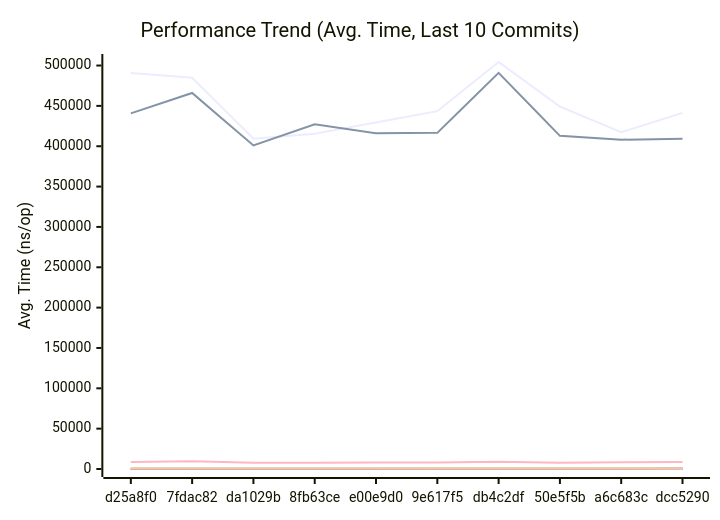
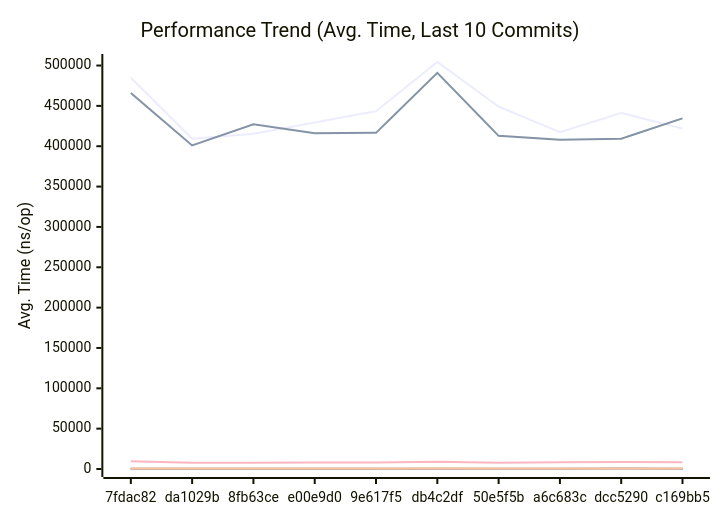
Before and after one commit to alsotoes/momo: the first of 3 diagrams in docs/PERFORMANCE.md, drawn with Mermaid. The commit also changed other lines of this file and 3 other files, not shown here.

````diff
--- a/docs/PERFORMANCE.md
+++ b/docs/PERFORMANCE.md
@@ -145,20 +145,20 @@
 ```mermaid
 xychart-beta
     title "Performance Trend (Avg. Time, Last 10 Commits)"
     x-axis "Commit"
     y-axis "Avg. Time (ns/op)"
-    x-axis [d25a8f0,7fdac82,da1029b,8fb63ce,e00e9d0,9e617f5,db4c2df,50e5f5b,a6c683c,dcc5290]
-    line "AWSChunkedReaderSigned" [490719,484836,409335,415353,429495,443463,504383,449225,417284,441285]
-    line "AWSChunkedReaderUnsigned" [440689,465971,400921,427097,416046,416589,490906,412879,408069,409317]
-    line "CheckMetricsAndSwap" [8,10,7,8,8,7,8,8,8,8]
-    line "CrushOptimized" [354,427,297,293,318,318,375,304,305,316]
-    line "CrushOriginal" [439,459,396,411,411,409,471,434,425,445]
+    x-axis [7fdac82,da1029b,8fb63ce,e00e9d0,9e617f5,db4c2df,50e5f5b,a6c683c,dcc5290,c169bb5]
+    line "AWSChunkedReaderSigned" [484836,409335,415353,429495,443463,504383,449225,417284,441285,421825]
+    line "AWSChunkedReaderUnsigned" [465971,400921,427097,416046,416589,490906,412879,408069,409317,434524]
+    line "CheckMetricsAndSwap" [10,7,8,8,7,8,8,8,8,8]
+    line "CrushOptimized" [427,297,293,318,318,375,304,305,316,338]
+    line "CrushOriginal" [459,396,411,411,409,471,434,425,445,417]
     line "IndexDirectTracking" [0,0,0,0,0,0,0,0,0,0]
     line "IndexSearch" [2,2,2,2,2,2,2,2,2,2]
-    line "LoadGlobalConfig" [8791,9473,7743,7862,8049,8138,9117,7890,8368,8771]
-    line "PadString" [47,46,38,38,39,39,49,39,40,45]
+    line "LoadGlobalConfig" [9473,7743,7862,8049,8138,9117,7890,8368,8771,8344]
+    line "PadString" [46,38,38,39,39,49,39,40,45,41]
     line "ParseReplicationOrder_NoPrealloc" [350,349,357,354,345,225,229,165,232,234]
     line "ParseReplicationOrder_Prealloc" [229,231,237,234,229,108,107,80,110,109]
-    line "SanitizeLog/Safe" [446,421,213,231,213,222,430,390,419,504]
-    line "SanitizeLog/Unsafe" [564,628,658,674,673,658,601,504,506,501]
+    line "SanitizeLog/Safe" [421,213,231,213,222,430,390,419,504,229]
+    line "SanitizeLog/Unsafe" [628,658,674,673,658,601,504,506,501,678]
 ```
````
